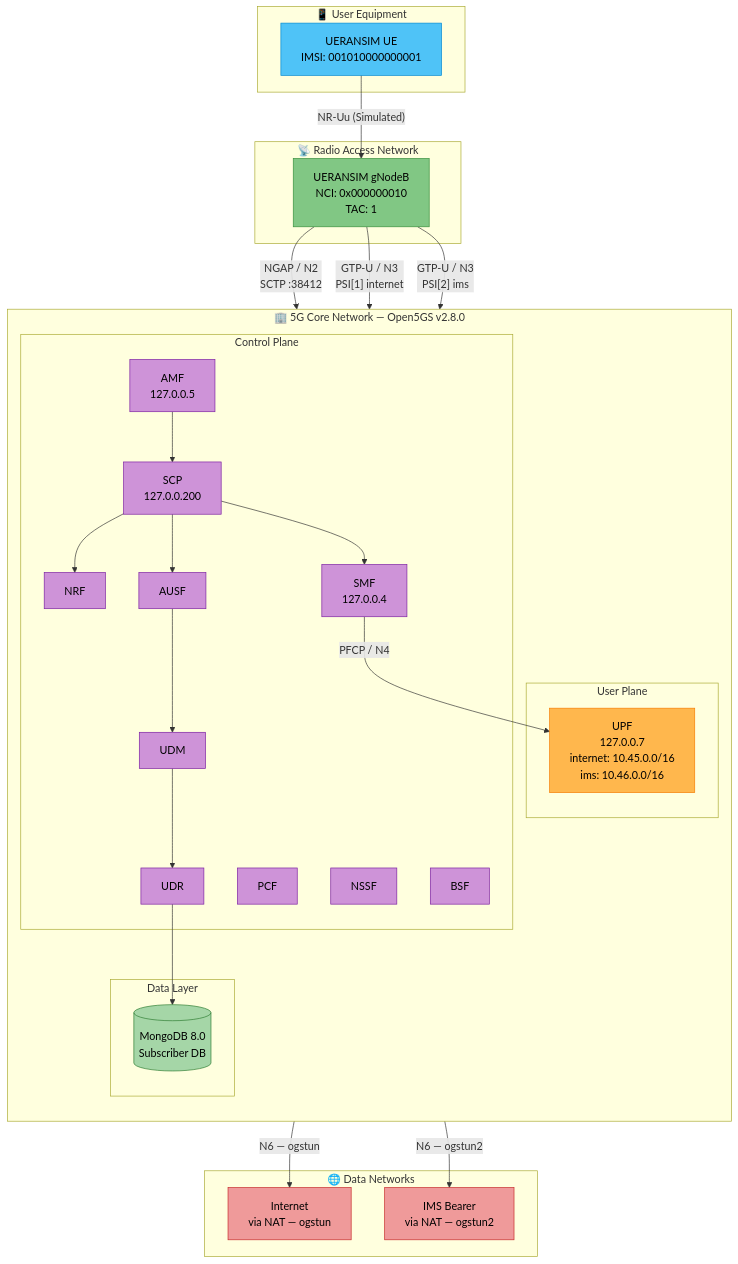
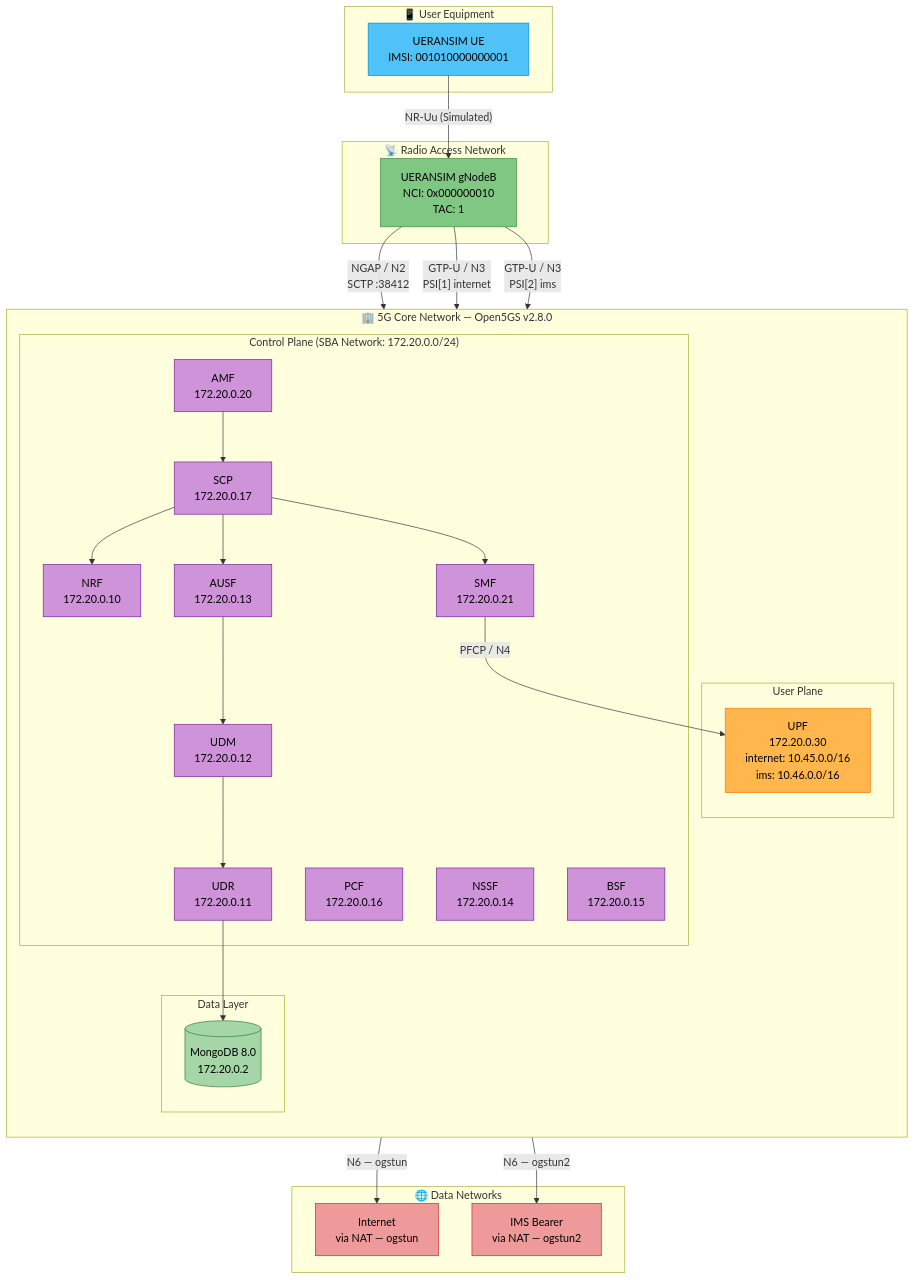
The first of 4 diagrams in README.md (khattabpi/Open-Telecom-Lab), drawn with Mermaid before and after one commit. The commit also changed other lines of this file, not shown here.

Commit message:
docs: update README with Docker Compose Open5GS v2.8.0 setup and dual-slice IMS notes

````diff
--- a/README.md
+++ b/README.md
@@ -81,69 +83,69 @@
 ```mermaid
 graph TB
     subgraph UE ["📱 User Equipment"]
         UE1[UERANSIM UE<br/>IMSI: 001010000000001]
     end
 
     subgraph RAN ["📡 Radio Access Network"]
         GNB[UERANSIM gNodeB<br/>NCI: 0x000000010<br/>TAC: 1]
     end
 
     subgraph CORE ["🏢 5G Core Network — Open5GS v2.8.0"]
         direction TB
 
-        subgraph CP ["Control Plane"]
-            AMF[AMF<br/>127.0.0.5]
-            SMF[SMF<br/>127.0.0.4]
-            NRF[NRF]
-            AUSF[AUSF]
-            UDM[UDM]
-            UDR[UDR]
-            PCF[PCF]
-            NSSF[NSSF]
-            BSF[BSF]
-            SCP[SCP<br/>127.0.0.200]
+        subgraph CP ["Control Plane (SBA Network: 172.20.0.0/24)"]
+            AMF[AMF<br/>172.20.0.20]
+            SMF[SMF<br/>172.20.0.21]
+            NRF[NRF<br/>172.20.0.10]
+            AUSF[AUSF<br/>172.20.0.13]
+            UDM[UDM<br/>172.20.0.12]
+            UDR[UDR<br/>172.20.0.11]
+            PCF[PCF<br/>172.20.0.16]
+            NSSF[NSSF<br/>172.20.0.14]
+            BSF[BSF<br/>172.20.0.15]
+            SCP[SCP<br/>172.20.0.17]
         end
 
         subgraph UP ["User Plane"]
-            UPF[UPF<br/>127.0.0.7<br/>internet: 10.45.0.0/16<br/>ims: 10.46.0.0/16]
+            UPF[UPF<br/>172.20.0.30<br/>internet: 10.45.0.0/16<br/>ims: 10.46.0.0/16]
         end
 
         subgraph DB ["Data Layer"]
-            MONGO[(MongoDB 8.0<br/>Subscriber DB)]
+            MONGO[(MongoDB 8.0<br/>172.20.0.2)]
         end
     end
 
     subgraph DN ["🌐 Data Networks"]
         INTERNET[Internet<br/>via NAT — ogstun]
         IMSNET[IMS Bearer<br/>via NAT — ogstun2]
     end
 
     UE1 -->|"NR-Uu (Simulated)"| GNB
     GNB -->|"NGAP / N2<br/>SCTP :38412"| AMF
     GNB -->|"GTP-U / N3<br/>PSI[1] internet"| UPF
     GNB -->|"GTP-U / N3<br/>PSI[2] ims"| UPF
     AMF --> SCP
     SCP --> NRF
     SCP --> AUSF
     SCP --> SMF
     AUSF --> UDM
     UDM --> UDR
     UDR --> MONGO
     SMF -->|"PFCP / N4"| UPF
     UPF -->|"N6 — ogstun"| INTERNET
     UPF -->|"N6 — ogstun2"| IMSNET
 
     classDef ue fill:#4FC3F7,stroke:#0288D1,color:#000
     classDef ran fill:#81C784,stroke:#388E3C,color:#000
     classDef cp fill:#CE93D8,stroke:#7B1FA2,color:#000
     classDef up fill:#FFB74D,stroke:#F57C00,color:#000
     classDef db fill:#A5D6A7,stroke:#2E7D32,color:#000
     classDef dn fill:#EF9A9A,stroke:#C62828,color:#000
 
     class UE1 ue
     class GNB ran
     class AMF,SMF,NRF,AUSF,UDM,UDR,PCF,NSSF,BSF,SCP cp
     class UPF up
     class MONGO db
     class INTERNET,IMSNET dn
 ```
````
